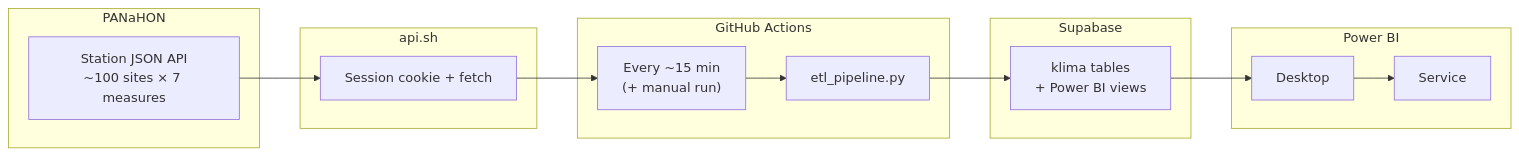
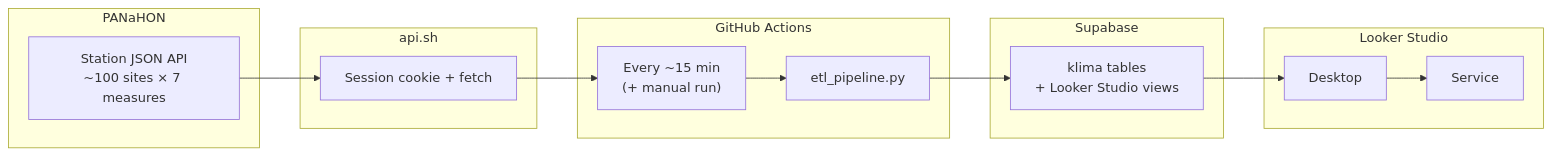
The diagram in README.md (lukegabriel520/KLIMA), drawn with Mermaid before and after one commit. The commit also changed other lines of this file, not shown here.

Commit message:
docs: powerbi unsupported; switched to Looker Studio

````diff
--- a/README.md
+++ b/README.md
@@ -60,26 +59,26 @@
 ```mermaid
 flowchart LR
     subgraph Source ["PANaHON"]
         API["Station JSON API\n~100 sites × 7 measures"]
     end
 
     subgraph Extract ["api.sh"]
         Fetch["Session cookie + fetch"]
     end
 
     subgraph Schedule ["GitHub Actions"]
         Cron["Every ~15 min\n(+ manual run)"]
         ETL["etl_pipeline.py"]
     end
 
     subgraph Store ["Supabase"]
-        DB["klima tables\n+ Power BI views"]
+        DB["klima tables\n+ Looker Studio views"]
     end
 
-    subgraph BI ["Power BI"]
+    subgraph BI ["Looker Studio"]
         Desktop["Desktop"]
         Service["Service"]
     end
 
     API --> Fetch --> Cron --> ETL --> DB --> Desktop --> Service
 ```
````
